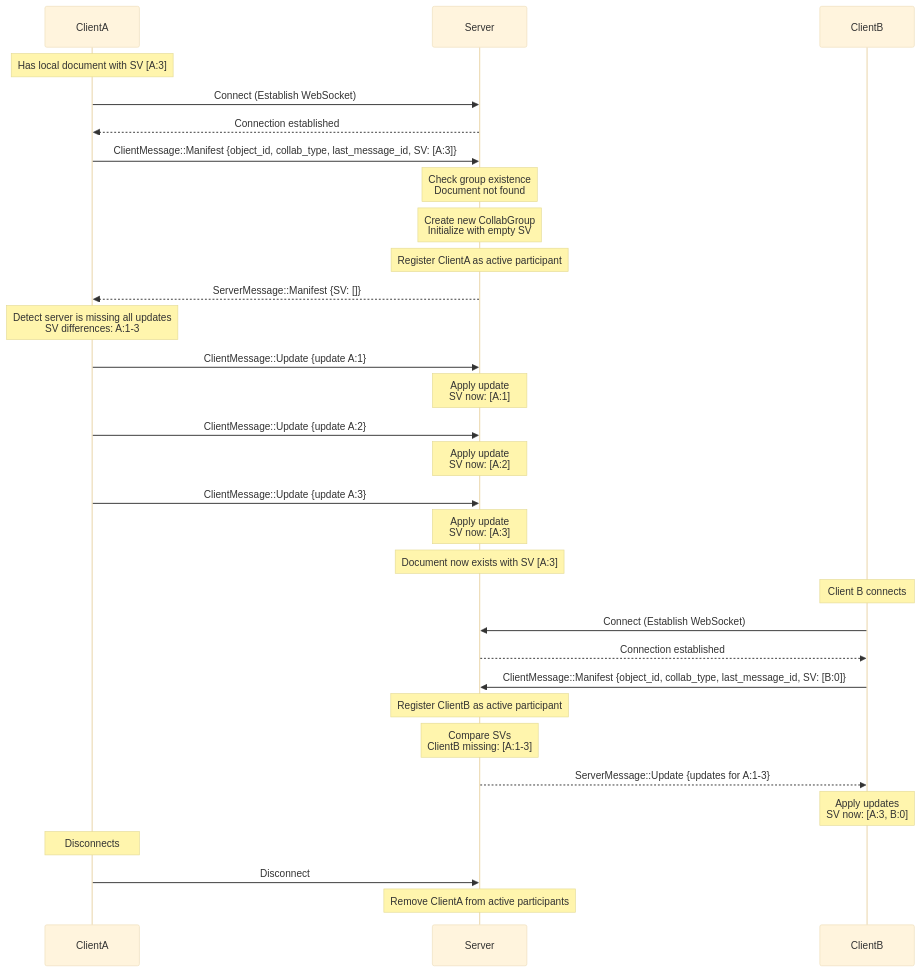
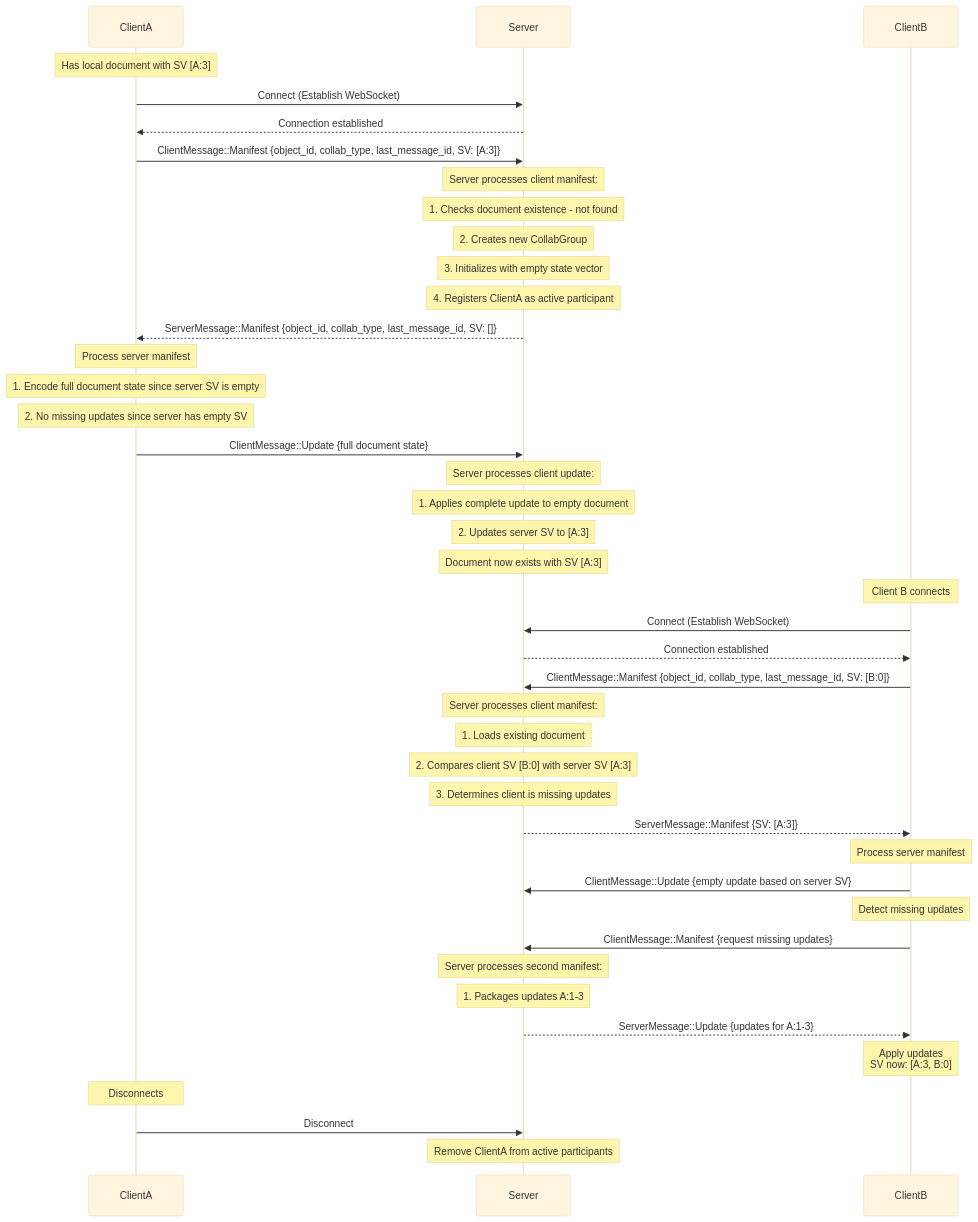
Before and after one commit to AppFlowy-IO/AppFlowy-Cloud: the fourth of 9 diagrams in libs/client-api/src/v2/README.md, drawn with Mermaid (base theme). The commit also changed other lines of this file and 1 other file, not shown here.

````diff
--- a/libs/client-api/src/v2/README.md
+++ b/libs/client-api/src/v2/README.md
@@ -112,33 +136,44 @@
 ```mermaid
 sequenceDiagram
     participant ClientA
     participant Server
     participant ClientB
     Note over ClientA: Has local document with SV [A:3]
     ClientA ->> Server: Connect (Establish WebSocket)
     Server -->> ClientA: Connection established
     ClientA ->> Server: ClientMessage::Manifest {object_id, collab_type, last_message_id, SV: [A:3]}
-    Note over Server: Check group existence<br>Document not found
-    Note over Server: Create new CollabGroup<br>Initialize with empty SV
-    Note over Server: Register ClientA as active participant
-    Server -->> ClientA: ServerMessage::Manifest {SV: []}
-    Note over ClientA: Detect server is missing all updates<br>SV differences: A:1-3
-    ClientA ->> Server: ClientMessage::Update {update A:1}
-    Note over Server: Apply update<br>SV now: [A:1]
-    ClientA ->> Server: ClientMessage::Update {update A:2}
-    Note over Server: Apply update<br>SV now: [A:2]
-    ClientA ->> Server: ClientMessage::Update {update A:3}
-    Note over Server: Apply update<br>SV now: [A:3]
+    Note over Server: Server processes client manifest:
+    Note over Server: 1. Checks document existence - not found
+    Note over Server: 2. Creates new CollabGroup
+    Note over Server: 3. Initializes with empty state vector
+    Note over Server: 4. Registers ClientA as active participant
+    Server -->> ClientA: ServerMessage::Manifest {object_id, collab_type, last_message_id, SV: []}
+    Note over ClientA: Process server manifest
+    Note over ClientA: 1. Encode full document state since server SV is empty
+    Note over ClientA: 2. No missing updates since server has empty SV
+    ClientA ->> Server: ClientMessage::Update {full document state}
+    Note over Server: Server processes client update:
+    Note over Server: 1. Applies complete update to empty document
+    Note over Server: 2. Updates server SV to [A:3]
     Note over Server: Document now exists with SV [A:3]
     Note over ClientB: Client B connects
     ClientB ->> Server: Connect (Establish WebSocket)
     Server -->> ClientB: Connection established
     ClientB ->> Server: ClientMessage::Manifest {object_id, collab_type, last_message_id, SV: [B:0]}
-    Note over Server: Register ClientB as active participant
-    Note over Server: Compare SVs<br>ClientB missing: [A:1-3]
+    Note over Server: Server processes client manifest:
+    Note over Server: 1. Loads existing document
+    Note over Server: 2. Compares client SV [B:0] with server SV [A:3]
+    Note over Server: 3. Determines client is missing updates
+    Server -->> ClientB: ServerMessage::Manifest {SV: [A:3]}
+    Note over ClientB: Process server manifest
+    ClientB ->> Server: ClientMessage::Update {empty update based on server SV}
+    Note over ClientB: Detect missing updates
+    ClientB ->> Server: ClientMessage::Manifest {request missing updates}
+    Note over Server: Server processes second manifest:
+    Note over Server: 1. Packages updates A:1-3
     Server -->> ClientB: ServerMessage::Update {updates for A:1-3}
     Note over ClientB: Apply updates<br>SV now: [A:3, B:0]
     Note over ClientA: Disconnects
     ClientA ->> Server: Disconnect
     Note over Server: Remove ClientA from active participants
 ```
````
